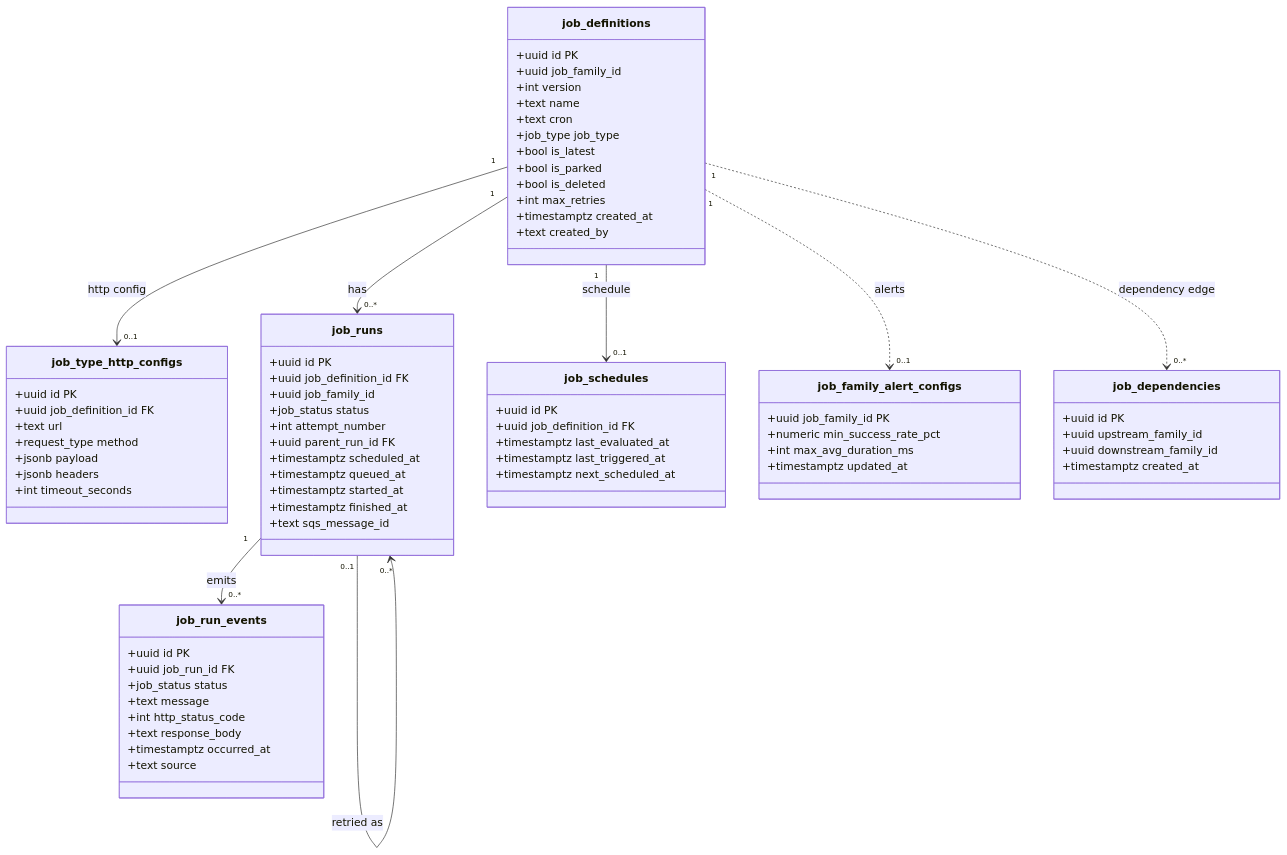
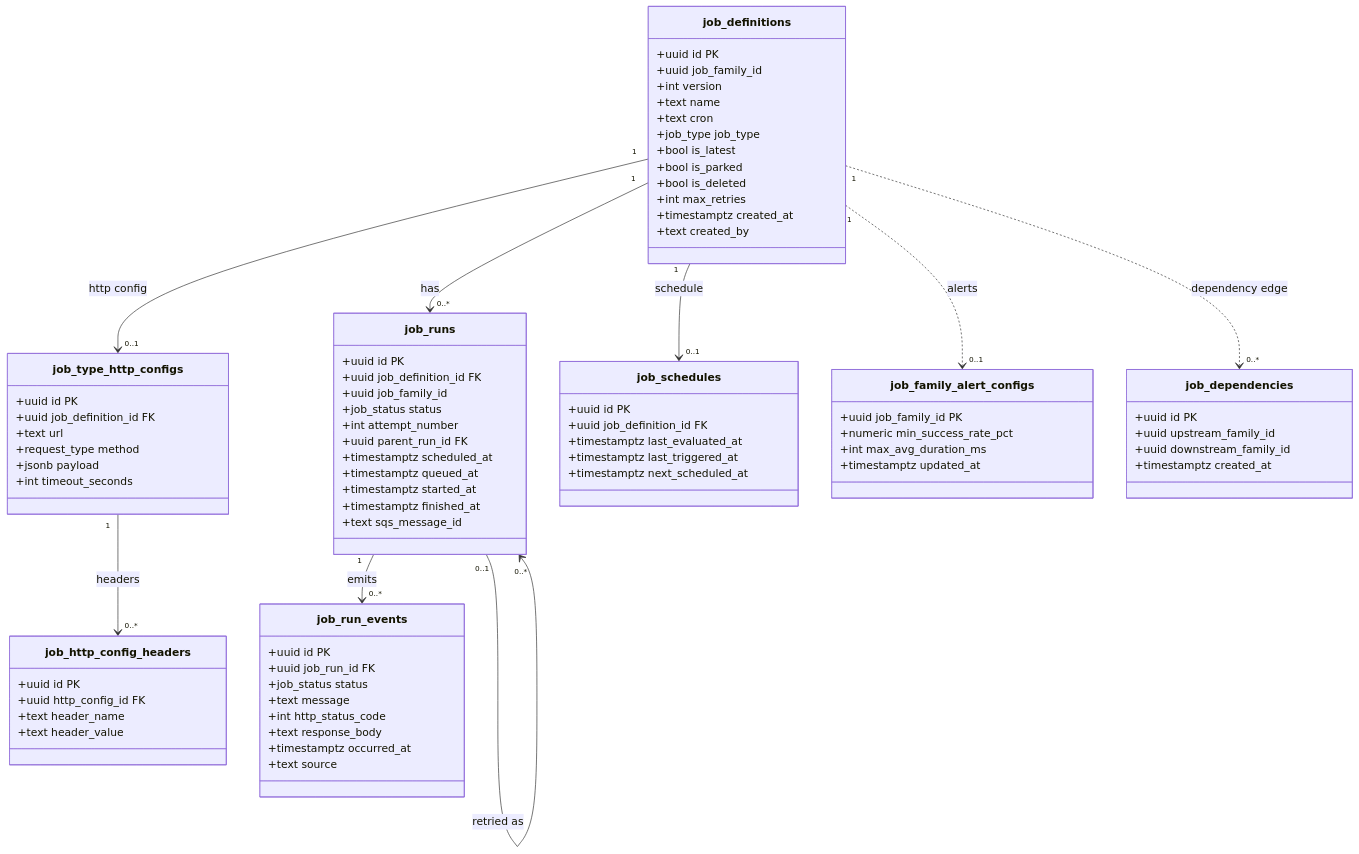
Before and after one commit to AsadYezdan-School/conductor: the diagram in db-migrations/ER_DIAGRAM.md, drawn with Mermaid. The commit also changed other lines of this file and 29 other files, not shown here.

```diff
--- a/db-migrations/ER_DIAGRAM.md
+++ b/db-migrations/ER_DIAGRAM.md
@@ -23,8 +24,14 @@
         +text url
         +request_type method
         +jsonb payload
-        +jsonb headers
         +int timeout_seconds
+    }
+
+    class job_http_config_headers {
+        +uuid id PK
+        +uuid http_config_id FK
+        +text header_name
+        +text header_value
     }
 
     class job_runs {
@@ -76,6 +83,7 @@
 
     job_definitions "1" --> "0..*" job_runs : has
     job_definitions "1" --> "0..1" job_type_http_configs : http config
+    job_type_http_configs "1" --> "0..*" job_http_config_headers : headers
     job_definitions "1" --> "0..1" job_schedules : schedule
     job_runs "1" --> "0..*" job_run_events : emits
     job_runs "0..1" --> "0..*" job_runs : retried as
```
